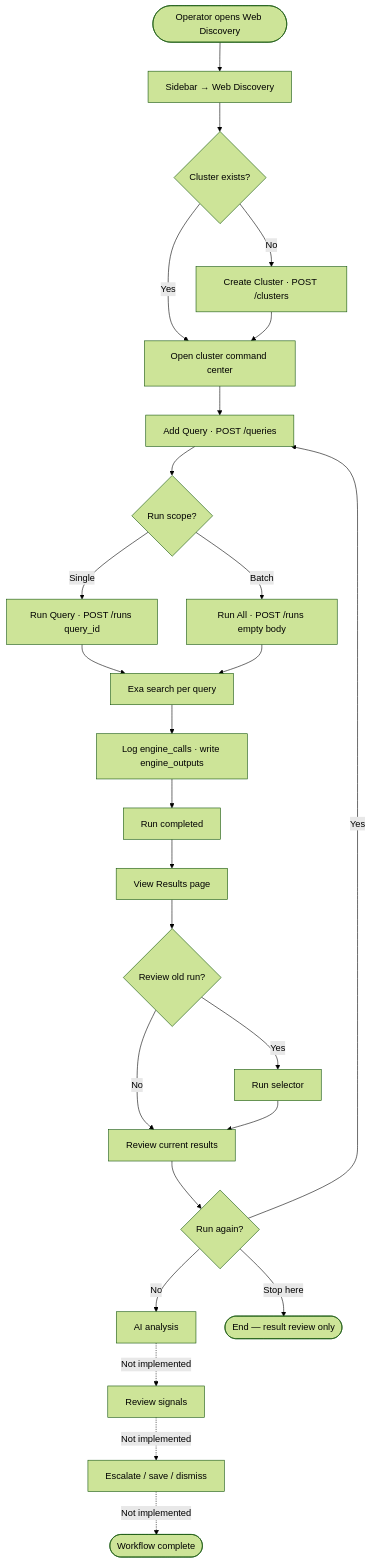
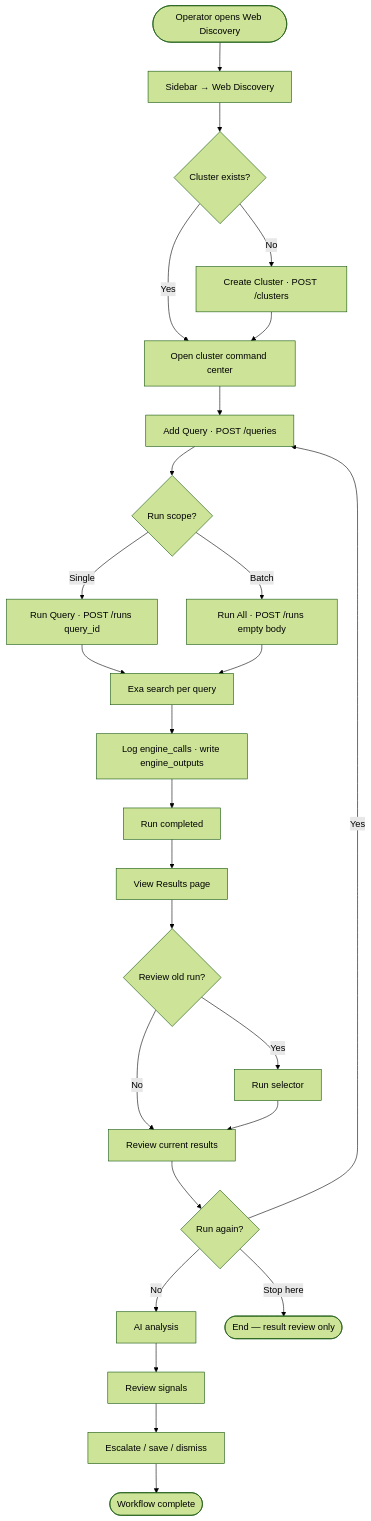
Before and after one commit to Growth-Maschine/NORAD-INTEL-ENGINE-V1: the first of 2 diagrams in docs/phase-1/P1-01-admin.md, drawn with Mermaid (forest theme). The commit also changed other lines of this file and 9 other files, not shown here.

````diff
--- a/docs/phase-1/P1-01-admin.md
+++ b/docs/phase-1/P1-01-admin.md
@@ -249,32 +236,32 @@
 ```mermaid
 flowchart TD
     START([Operator opens Web Discovery]) --> NAV[Sidebar → Web Discovery]
     NAV --> CREATE{Cluster exists?}
     CREATE -->|No| NEW[Create Cluster · POST /clusters]
     CREATE -->|Yes| OPEN[Open cluster command center]
     NEW --> OPEN
 
     OPEN --> ADD[Add Query · POST /queries]
     ADD --> RUNSCOPE{Run scope?}
     RUNSCOPE -->|Single| RUN1[Run Query · POST /runs query_id]
     RUNSCOPE -->|Batch| RUNALL[Run All · POST /runs empty body]
 
     RUN1 --> EXA[Exa search per query]
     RUNALL --> EXA
     EXA --> ENGINE[Log engine_calls · write engine_outputs]
     ENGINE --> DONE[Run completed]
 
     DONE --> RESULTS[View Results page]
     RESULTS --> HIST{Review old run?}
     HIST -->|Yes| SELECTOR[Run selector]
     HIST -->|No| REVIEW[Review current results]
     SELECTOR --> REVIEW
 
     REVIEW --> RERUN{Run again?}
     RERUN -->|Yes| ADD
     RERUN -->|No| AI[AI analysis]
-    AI -.->|Not implemented| SIGNAL[Review signals]
-    SIGNAL -.->|Not implemented| DISPO[Escalate / save / dismiss]
-    DISPO -.->|Not implemented| END([Workflow complete])
+    AI --> SIGNAL[Review signals]
+    SIGNAL --> DISPO[Escalate / save / dismiss]
+    DISPO --> END([Workflow complete])
     RERUN -->|Stop here| END2([End — result review only])
 ```
````
